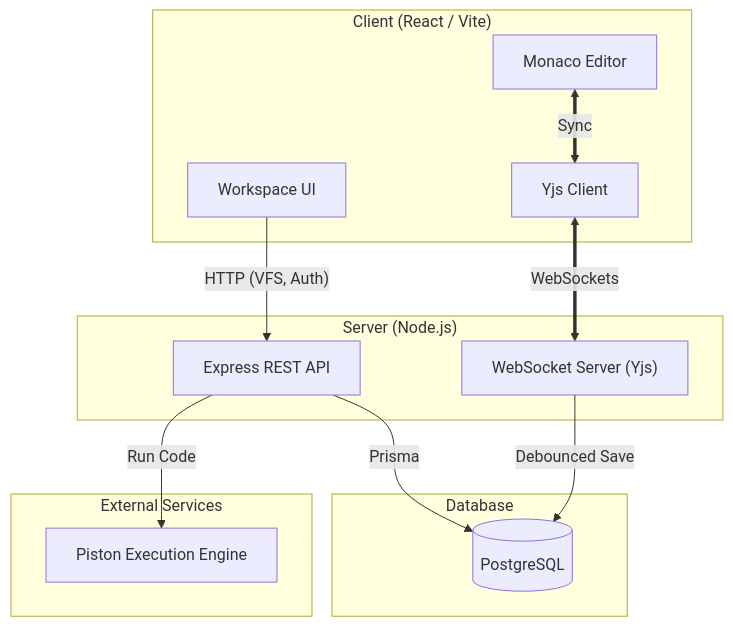
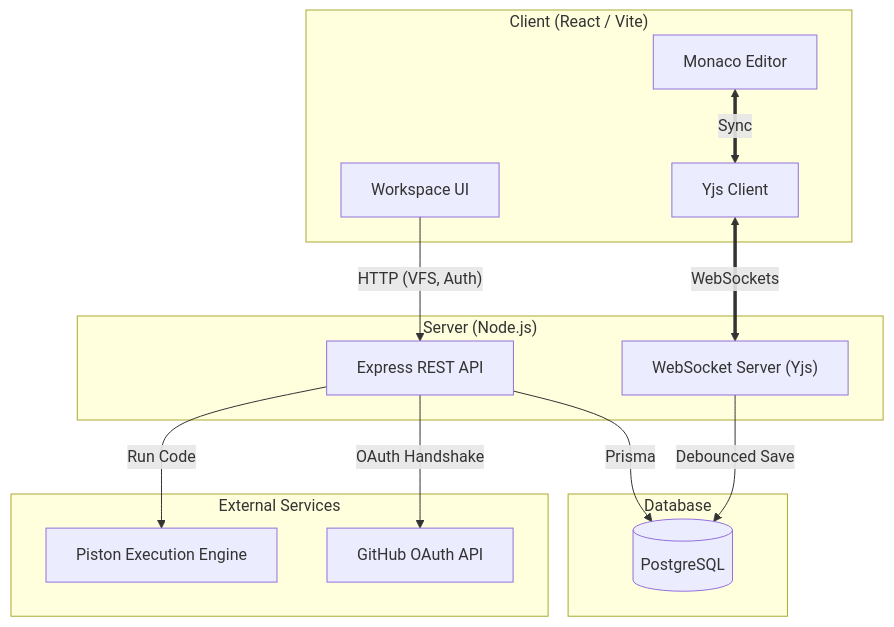
Before and after one commit to Taarun8431/CodeSync: the diagram in README.md, drawn with Mermaid. The commit also changed other lines of this file and 50 other files, not shown here.

Commit message:
feat(auth): implement direct GitHub OAuth integration and update architecture docs

````diff
--- a/README.md
+++ b/README.md
@@ -41,30 +42,32 @@
 ```mermaid
 graph TD
     subgraph Client ["Client (React / Vite)"]
         UI["Workspace UI"]
         Editor["Monaco Editor"]
         Collab["Yjs Client"]
     end
 
     subgraph Server ["Server (Node.js)"]
         API["Express REST API"]
         WS["WebSocket Server (Yjs)"]
     end
 
     subgraph Data ["Database"]
         DB[("PostgreSQL")]
     end
 
     subgraph External ["External Services"]
         Piston["Piston Execution Engine"]
+        GitHub["GitHub OAuth API"]
     end
 
     UI -- "HTTP (VFS, Auth)" --> API
     Editor <== "Sync" ==> Collab
     Collab <== "WebSockets" ==> WS
     
     API -- "Prisma" --> DB
     WS -- "Debounced Save" --> DB
     
     API -- "Run Code" --> Piston
+    API -- "OAuth Handshake" --> GitHub
 ```
````
